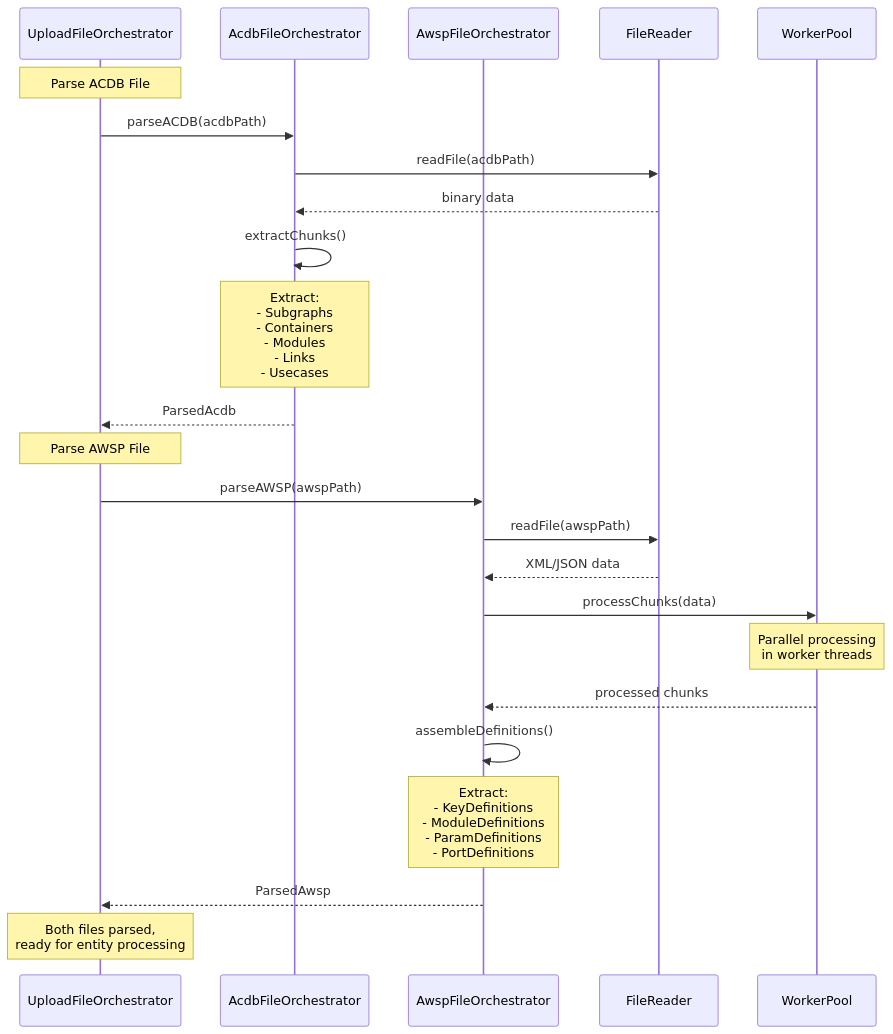
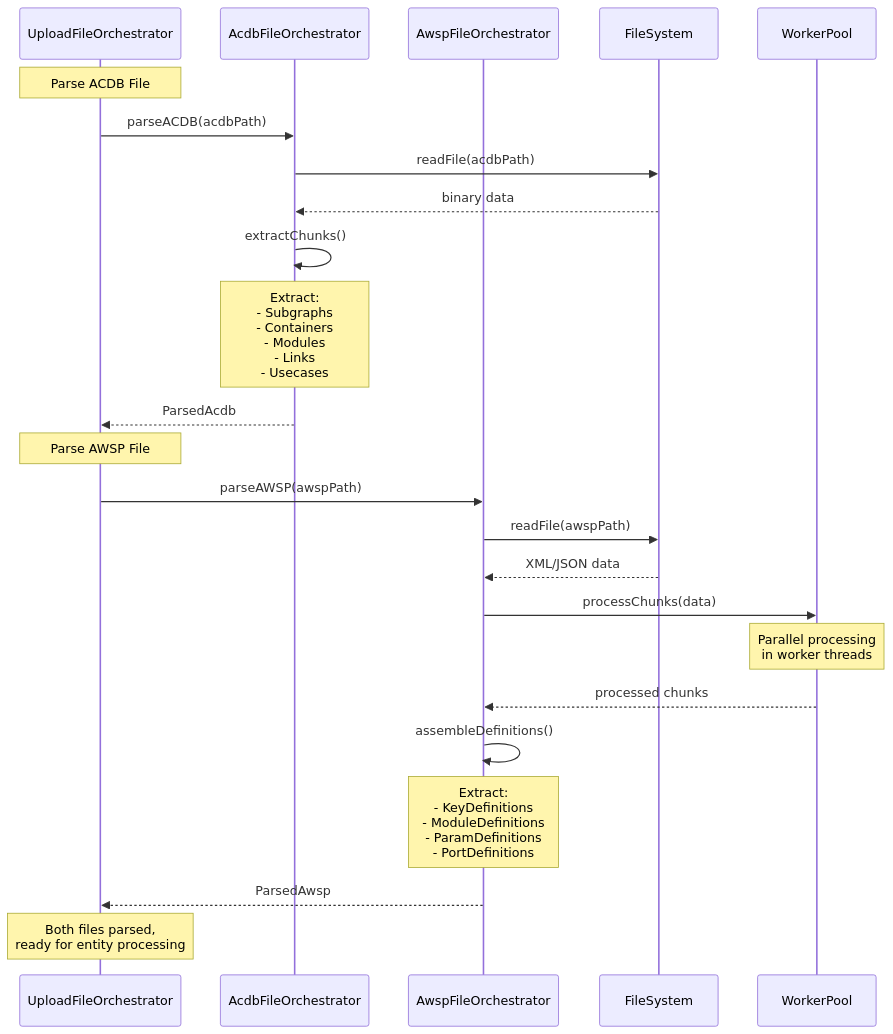
Before and after one commit to AudioReach/audioreach-creator-backend: the fourth of 9 diagrams in docs/upload-file-design.md, drawn with Mermaid. The commit also changed other lines of this file and 18 other files, not shown here.

First line of the commit message:
chore: rename FileReader to FileSystem

````diff
--- a/docs/upload-file-design.md
+++ b/docs/upload-file-design.md
@@ -707,29 +707,29 @@
 ```mermaid
 sequenceDiagram
     participant UFO as UploadFileOrchestrator
     participant ACDB as AcdbFileOrchestrator
     participant AWSP as AwspFileOrchestrator
-    participant FR as FileReader
+    participant FR as FileSystem
     participant WP as WorkerPool
 
     Note over UFO: Parse ACDB File
     UFO->>ACDB: parseACDB(acdbPath)
     ACDB->>FR: readFile(acdbPath)
     FR-->>ACDB: binary data
     ACDB->>ACDB: extractChunks()
     Note over ACDB: Extract:<br/>- Subgraphs<br/>- Containers<br/>- Modules<br/>- Links<br/>- Usecases
     ACDB-->>UFO: ParsedAcdb
 
     Note over UFO: Parse AWSP File
     UFO->>AWSP: parseAWSP(awspPath)
     AWSP->>FR: readFile(awspPath)
     FR-->>AWSP: XML/JSON data
     AWSP->>WP: processChunks(data)
     Note over WP: Parallel processing<br/>in worker threads
     WP-->>AWSP: processed chunks
     AWSP->>AWSP: assembleDefinitions()
     Note over AWSP: Extract:<br/>- KeyDefinitions<br/>- ModuleDefinitions<br/>- ParamDefinitions<br/>- PortDefinitions
     AWSP-->>UFO: ParsedAwsp
 
     Note over UFO: Both files parsed,<br/>ready for entity processing
 ```
````
